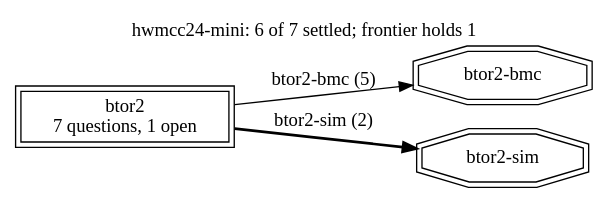
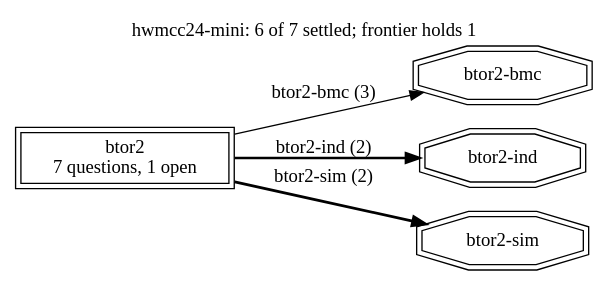
Before and after one commit to cksystemsgroup/hurdy-gurdy: the diagram in runs/hwmcc24-mini/frontier.dot, drawn with Graphviz. The commit also changed 22 other files, not shown here.

```diff
--- a/runs/hwmcc24-mini/frontier.dot
+++ b/runs/hwmcc24-mini/frontier.dot
@@ -1,10 +1,12 @@
 digraph "hwmcc24-mini" {
   rankdir=LR; labelloc=t;
   label="hwmcc24-mini: 6 of 7 settled; frontier holds 1";
   node [shape=box];
   "btor2" [peripheries=2, label="btor2\n7 questions, 1 open"];
   "terminal:btor2-bmc" [shape=doubleoctagon, label="btor2-bmc"];
-  "btor2" -> "terminal:btor2-bmc" [style=solid, label="btor2-bmc (5)"];
+  "btor2" -> "terminal:btor2-bmc" [style=solid, label="btor2-bmc (3)"];
+  "terminal:btor2-ind" [shape=doubleoctagon, label="btor2-ind"];
+  "btor2" -> "terminal:btor2-ind" [style=bold, label="btor2-ind (2)"];
   "terminal:btor2-sim" [shape=doubleoctagon, label="btor2-sim"];
   "btor2" -> "terminal:btor2-sim" [style=bold, label="btor2-sim (2)"];
 }
```
